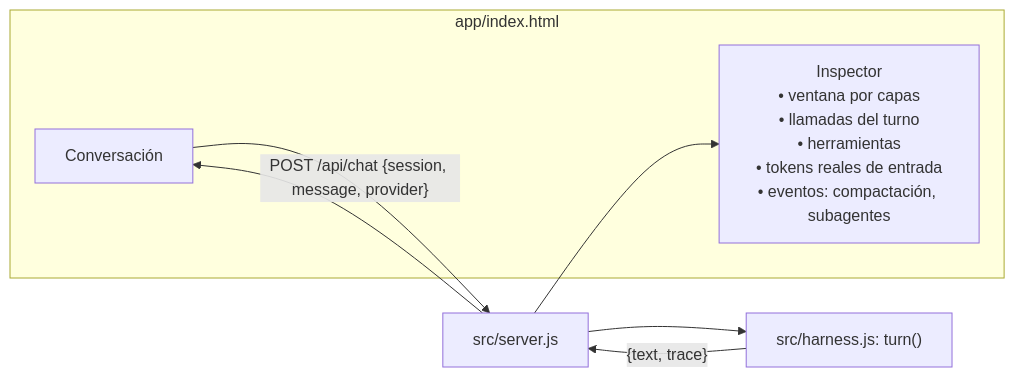
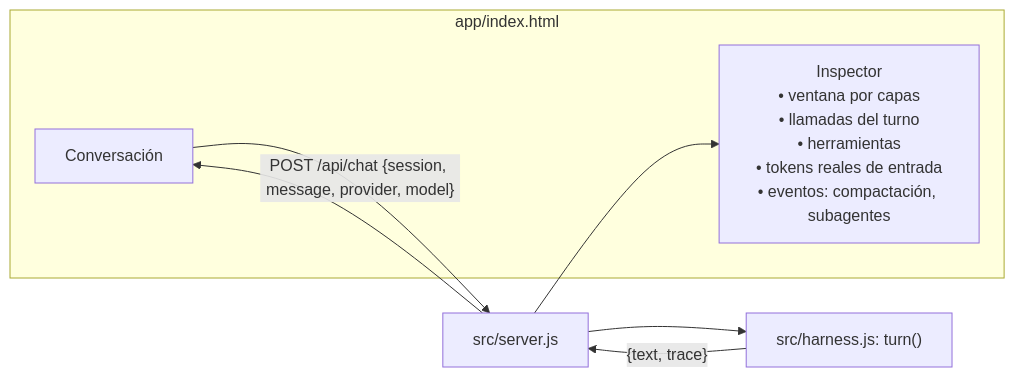
Before and after one commit to ada-school/ada-harness: the tenth of 11 diagrams in README.md, drawn with Mermaid. The commit also changed other lines of this file and 9 other files, not shown here.

````diff
--- a/README.md
+++ b/README.md
@@ -354,12 +416,12 @@
 ```mermaid
 flowchart LR
     subgraph UI["app/index.html"]
         CHAT[Conversación]
         INS["Inspector<br/>• ventana por capas<br/>• llamadas del turno<br/>• herramientas<br/>• tokens reales de entrada<br/>• eventos: compactación, subagentes"]
     end
-    CHAT -->|"POST /api/chat {session, message, provider}"| SRV[src/server.js]
+    CHAT -->|"POST /api/chat {session, message, provider, model}"| SRV[src/server.js]
     SRV --> LOOP["src/harness.js: turn()"]
     LOOP -->|"{text, trace}"| SRV
     SRV --> CHAT
     SRV --> INS
 ```
````
